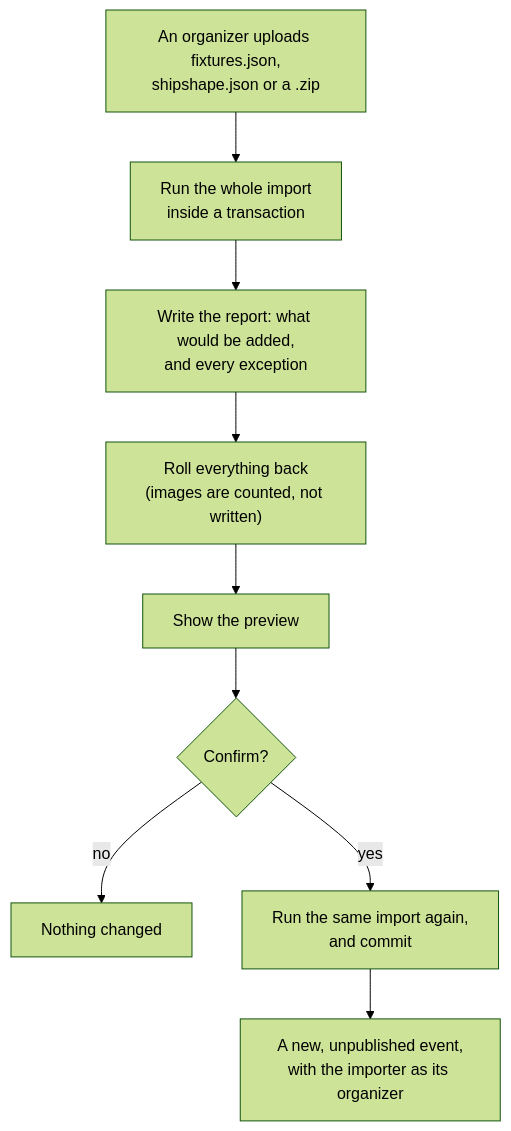
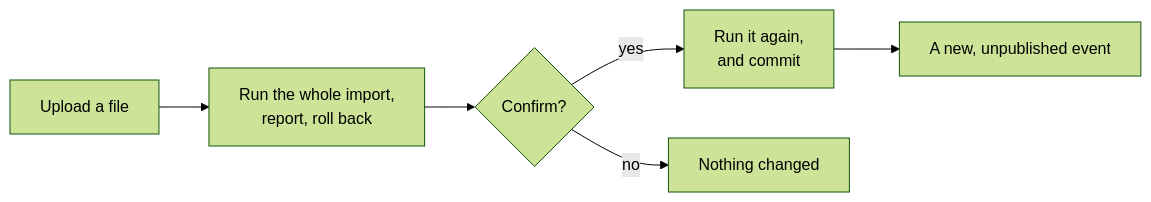
Before and after one commit to manusingh090/Shipshape: diagram 19 of 19 in ARCHITECTURE.md, drawn with Mermaid (forest theme). The commit also changed other lines of this file and 2 other files, not shown here.

Commit message:
Update files: shorter README, compact diagrams

````diff
--- a/ARCHITECTURE.md
+++ b/ARCHITECTURE.md
@@ -623,11 +584,8 @@
 ```mermaid
-flowchart TD
-    up["An organizer uploads fixtures.json,<br/>shipshape.json or a .zip"] --> run1["Run the whole import<br/>inside a transaction"]
-    run1 --> report["Write the report: what would be added,<br/>and every exception"]
-    report --> rb["Roll everything back<br/>(images are counted, not written)"]
-    rb --> preview["Show the preview"]
-    preview --> choice{"Confirm?"}
-    choice -- no --> nothing["Nothing changed"]
-    choice -- yes --> run2["Run the same import again,<br/>and commit"]
-    run2 --> newevent["A new, unpublished event,<br/>with the importer as its organizer"]
+flowchart LR
+    upload["Upload a file"] --> preview["Run the whole import,<br/>report, roll back"]
+    preview --> confirm{"Confirm?"}
+    confirm -- yes --> commit["Run it again,<br/>and commit"]
+    confirm -- no --> nothing["Nothing changed"]
+    commit --> newevent["A new, unpublished event"]
 ```
````
